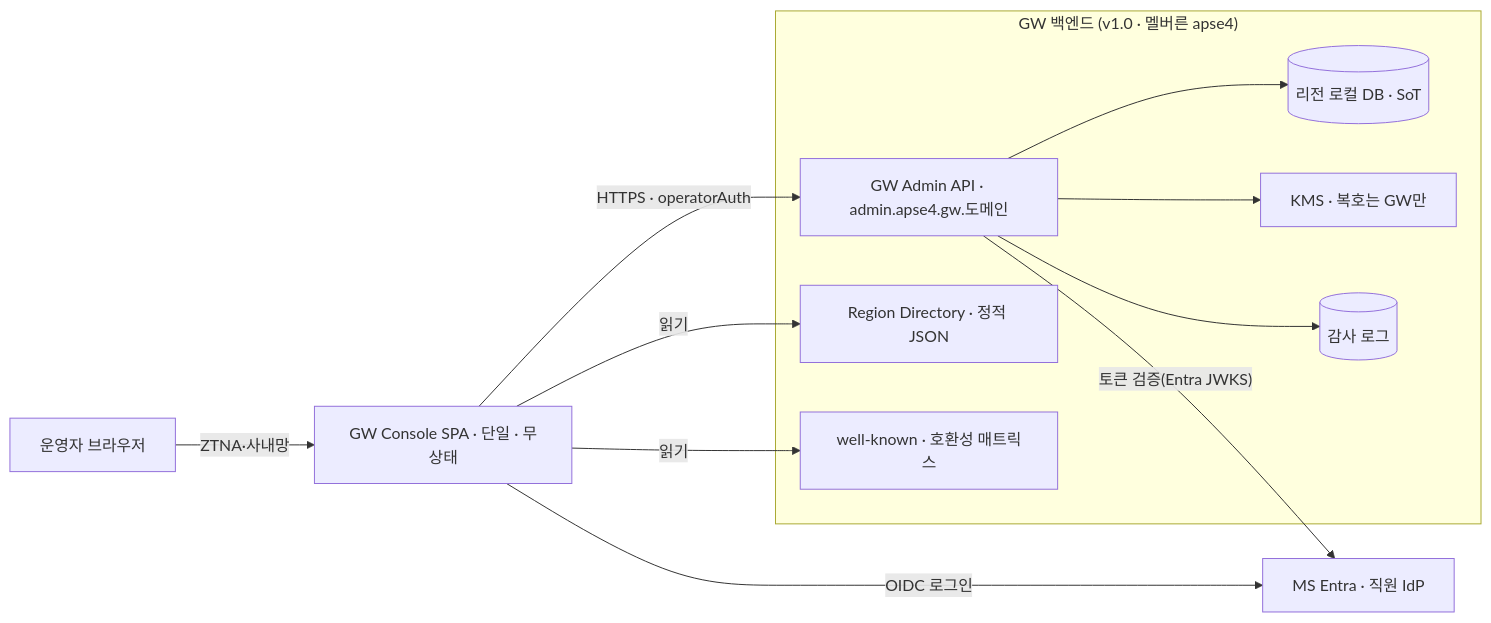
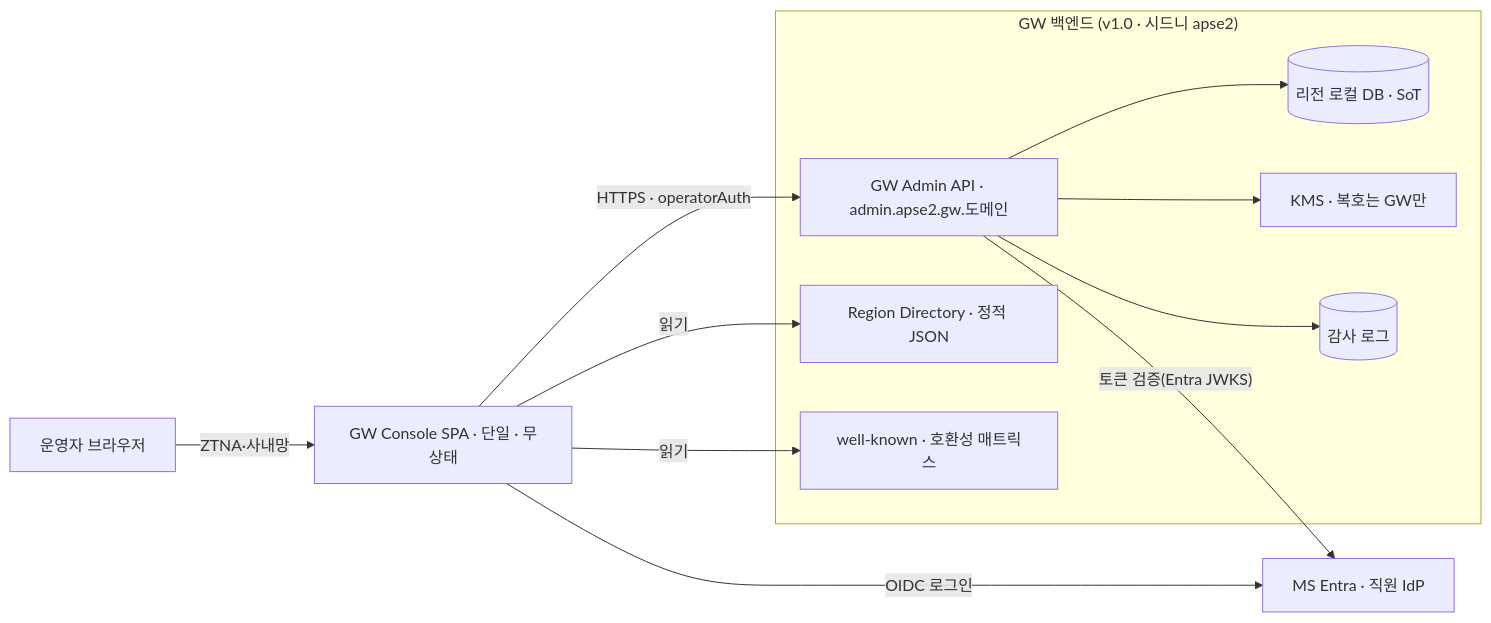
Before and after one commit to gracegyu/scp-architecture: the first of 10 diagrams in docs/VT_API_Gateway/08.VT_API_Gateway/specs/03c-subsrs-gw-console/SRS.md, drawn with Mermaid. The commit also changed other lines of this file, not shown here.

````diff
--- a/docs/VT_API_Gateway/08.VT_API_Gateway/specs/03c-subsrs-gw-console/SRS.md
+++ b/docs/VT_API_Gateway/08.VT_API_Gateway/specs/03c-subsrs-gw-console/SRS.md
@@ -120,20 +120,20 @@
 ```mermaid
 flowchart LR
   OP["운영자 브라우저"] -->|"ZTNA·사내망"| C["GW Console SPA · 단일 · 무상태"]
   C -->|"OIDC 로그인"| E["MS Entra · 직원 IdP"]
-  subgraph GW["GW 백엔드 (v1.0 · 멜버른 apse4)"]
-    A["GW Admin API · admin.apse4.gw.도메인"]
+  subgraph GW["GW 백엔드 (v1.0 · 시드니 apse2)"]
+    A["GW Admin API · admin.apse2.gw.도메인"]
     DB[("리전 로컬 DB · SoT")]
     KMS["KMS · 복호는 GW만"]
     AUD[("감사 로그")]
     RD["Region Directory · 정적 JSON"]
     WK["well-known · 호환성 매트릭스"]
     A --> DB
     A --> KMS
     A --> AUD
   end
   C -->|"HTTPS · operatorAuth"| A
   A -->|"토큰 검증(Entra JWKS)"| E
   C -->|"읽기"| RD
   C -->|"읽기"| WK
 ```
````
